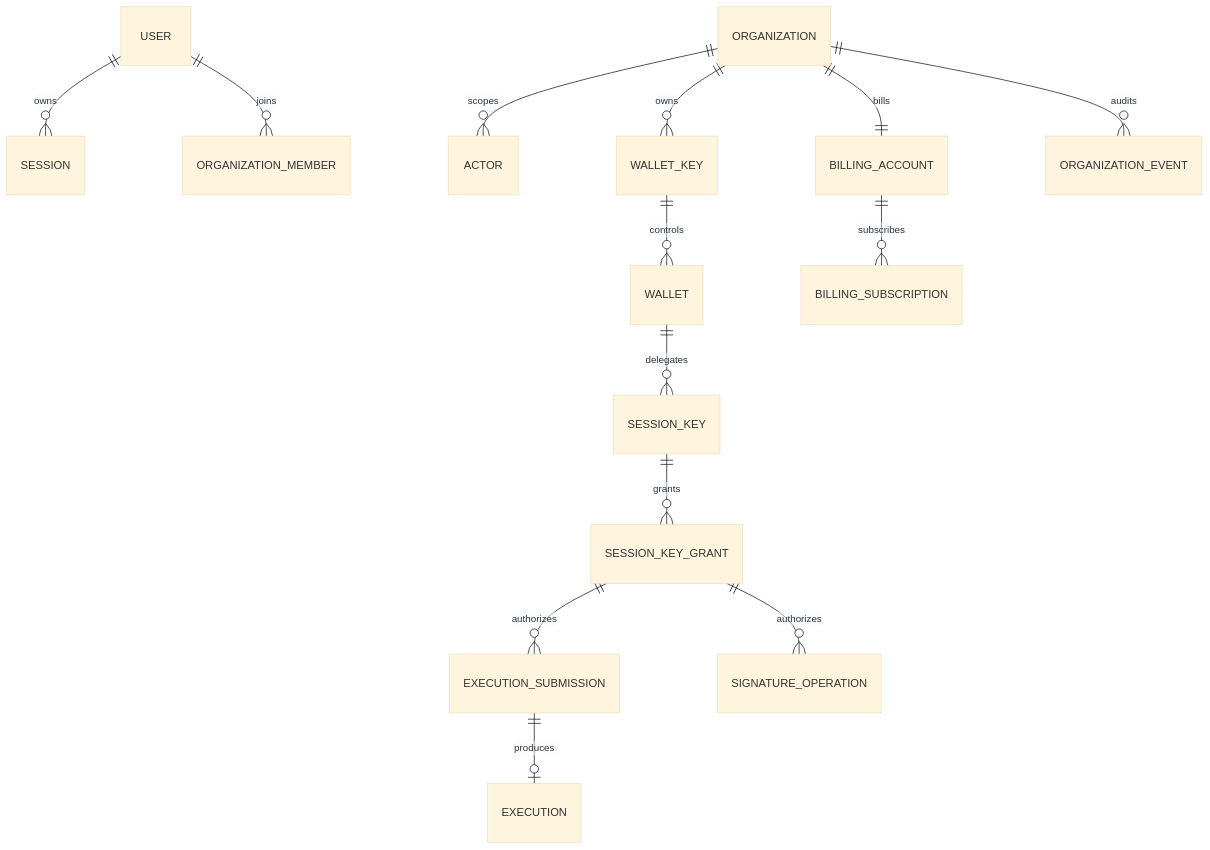
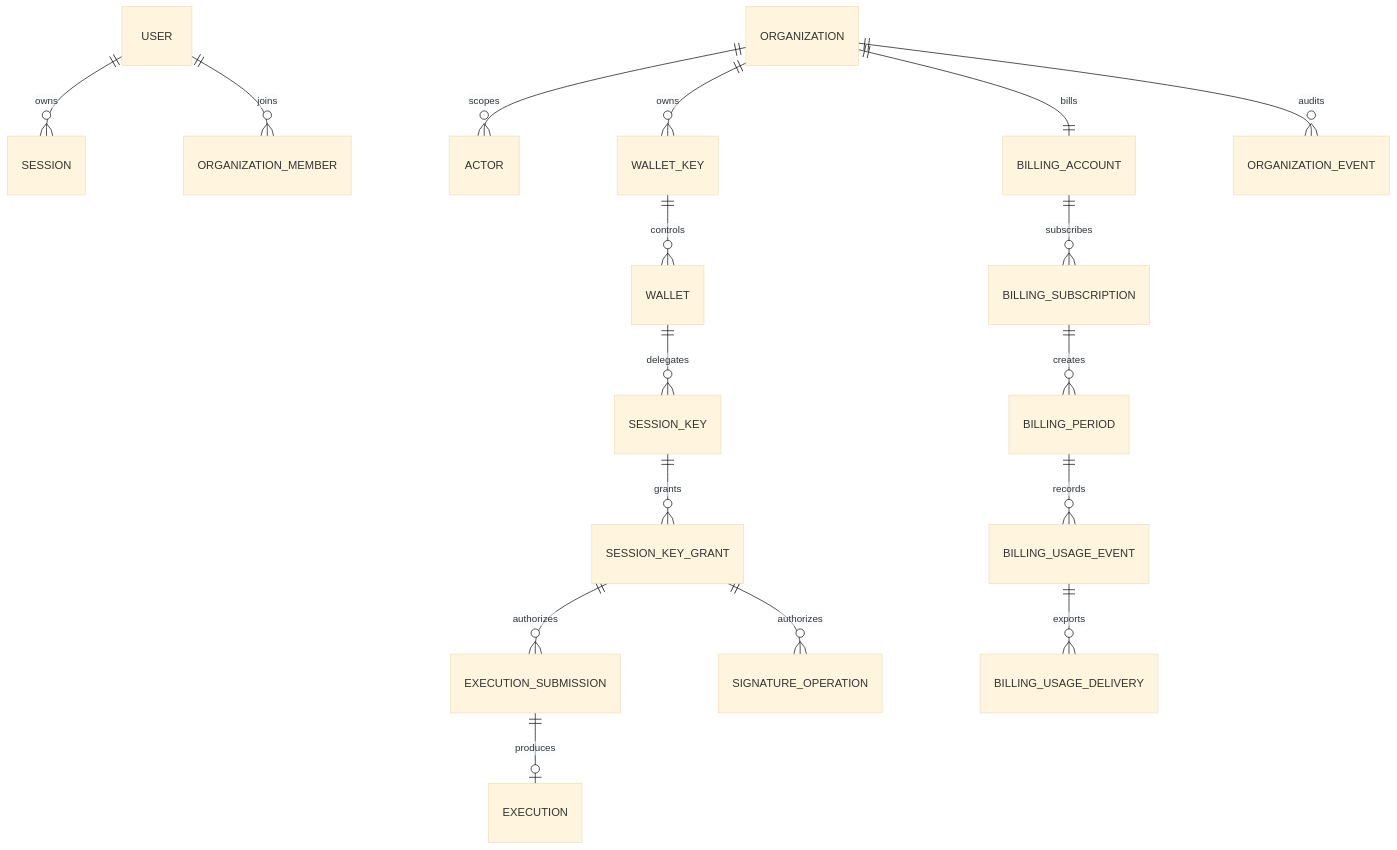
Before and after one commit to thenamespace/namera: the diagram in architecture/database/README.md, drawn with Mermaid (base theme). The commit also changed other lines of this file and 25 other files, not shown here.

Commit message:
feat(billing): add metered usage schema

````diff
--- a/architecture/database/README.md
+++ b/architecture/database/README.md
@@ -30,16 +30,19 @@
 ```mermaid
 erDiagram
   USER ||--o{ SESSION : owns
   USER ||--o{ ORGANIZATION_MEMBER : joins
   ORGANIZATION ||--o{ ACTOR : scopes
   ORGANIZATION ||--o{ WALLET_KEY : owns
   WALLET_KEY ||--o{ WALLET : controls
   WALLET ||--o{ SESSION_KEY : delegates
   SESSION_KEY ||--o{ SESSION_KEY_GRANT : grants
   SESSION_KEY_GRANT ||--o{ EXECUTION_SUBMISSION : authorizes
   EXECUTION_SUBMISSION ||--o| EXECUTION : produces
   SESSION_KEY_GRANT ||--o{ SIGNATURE_OPERATION : authorizes
   ORGANIZATION ||--|| BILLING_ACCOUNT : bills
   BILLING_ACCOUNT ||--o{ BILLING_SUBSCRIPTION : subscribes
+  BILLING_SUBSCRIPTION ||--o{ BILLING_PERIOD : creates
+  BILLING_PERIOD ||--o{ BILLING_USAGE_EVENT : records
+  BILLING_USAGE_EVENT ||--o{ BILLING_USAGE_DELIVERY : exports
   ORGANIZATION ||--o{ ORGANIZATION_EVENT : audits
 ```
````
